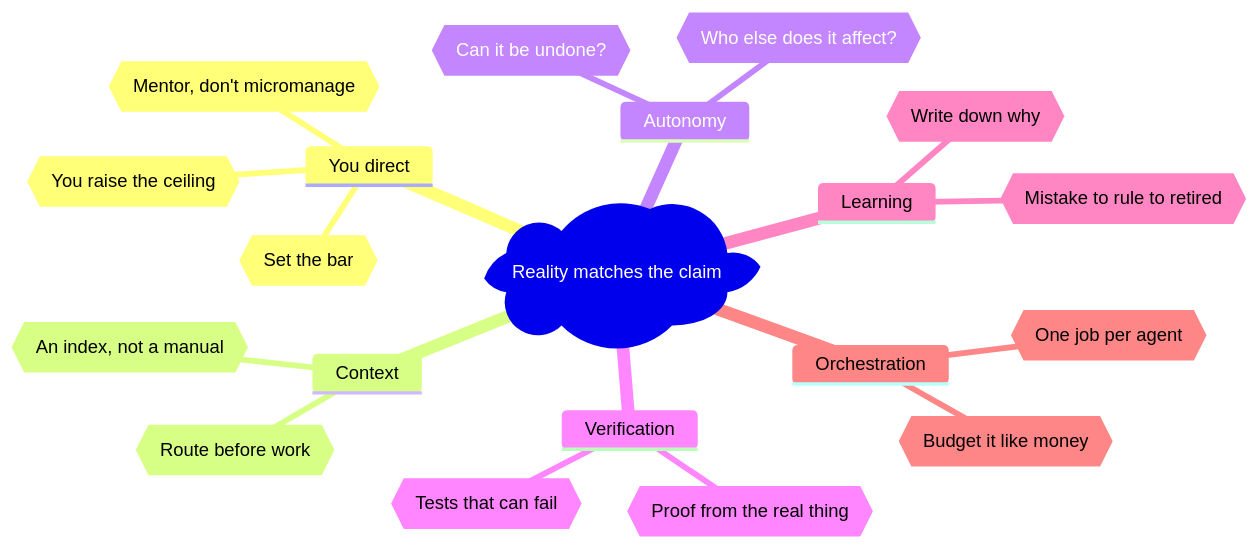
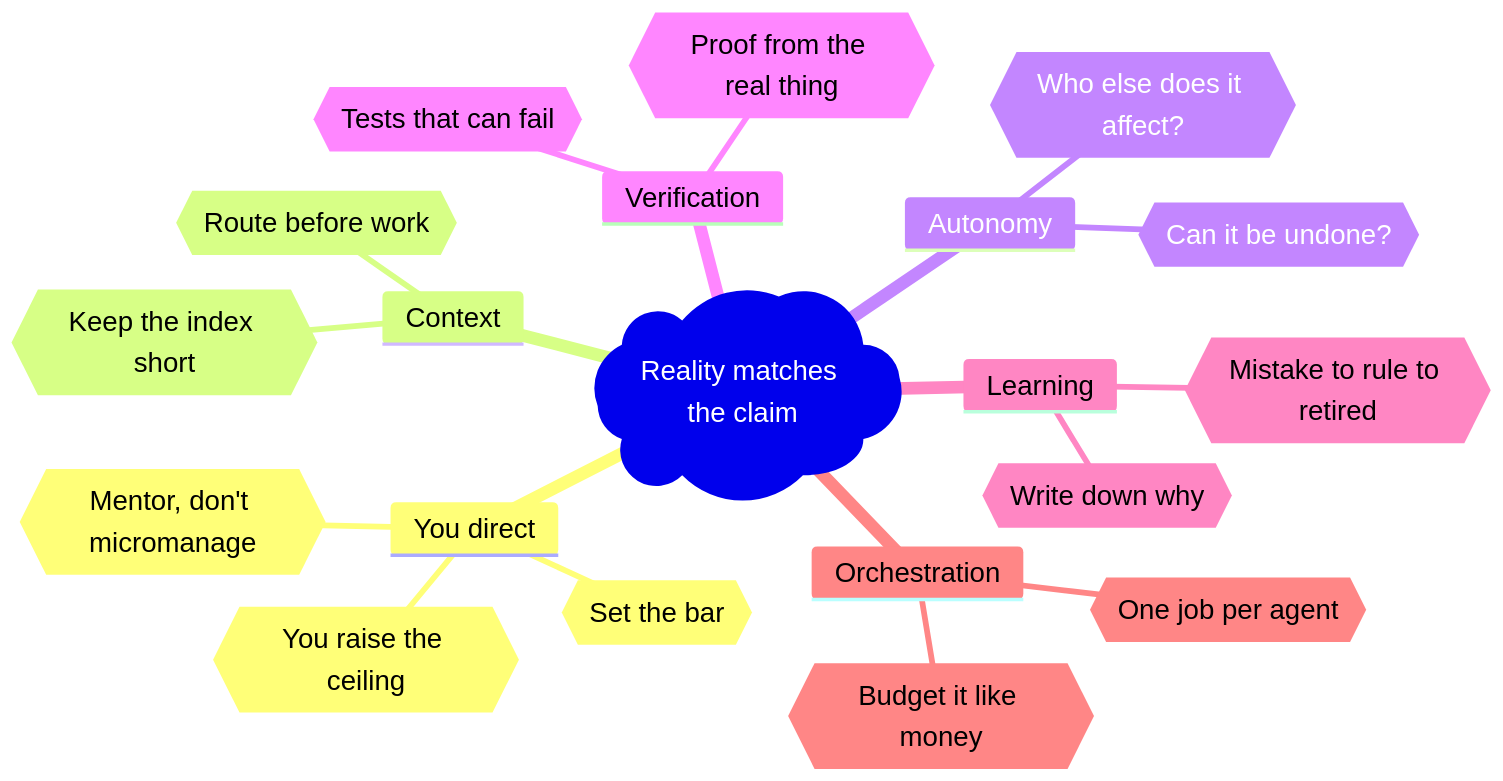
Before and after one commit to Laticent/lattice: the sixth of 6 diagrams in engineering/decisions/2026-09-24-agentic-practice-audit/agentic-engineering-practices.md, drawn with Mermaid. The commit also changed other lines of this file and 1 other file, not shown here.

````diff
--- a/engineering/decisions/2026-09-24-agentic-practice-audit/agentic-engineering-practices.md
+++ b/engineering/decisions/2026-09-24-agentic-practice-audit/agentic-engineering-practices.md
@@ -1036,23 +1044,24 @@
 ```mermaid
+%%{init: {'themeVariables': {'fontSize': '24px'}}}%%
 mindmap
   root)Reality matches the claim(
     You direct
       {{You raise the ceiling}}
       {{Set the bar}}
       {{Mentor, don't micromanage}}
     Context
-      {{An index, not a manual}}
+      {{Keep the index short}}
       {{Route before work}}
     Autonomy
       {{Can it be undone?}}
       {{Who else does it affect?}}
     Verification
       {{Proof from the real thing}}
       {{Tests that can fail}}
     Learning
       {{Mistake to rule to retired}}
       {{Write down why}}
     Orchestration
       {{One job per agent}}
       {{Budget it like money}}
 ```
````
